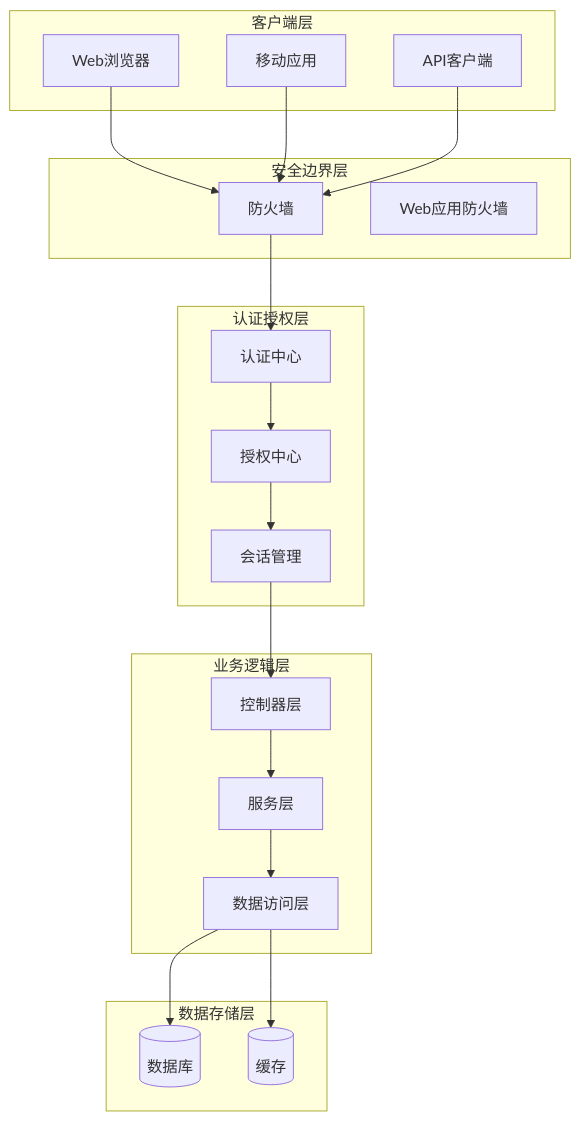
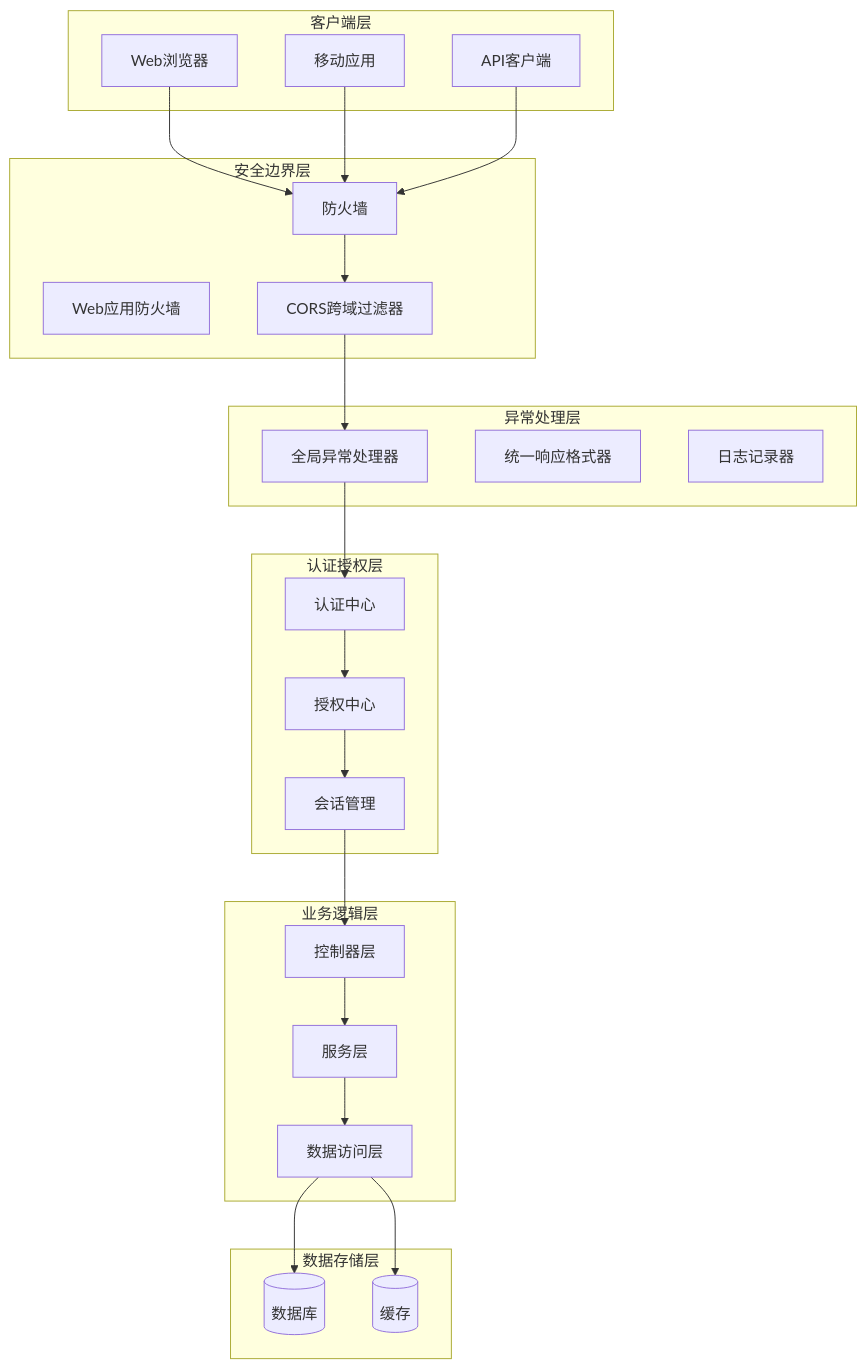
One commit to gree-coder/fund-butler changed the fourth of 15 diagrams in .qoder/repowiki/zh/content/核心功能开发/安全配置.md. Above: the diagram before and after it, drawn with Mermaid. The commit also changed other lines of this file and 10 other files, not shown here.

````diff
--- a/.qoder/repowiki/zh/content/核心功能开发/安全配置.md
+++ b/.qoder/repowiki/zh/content/核心功能开发/安全配置.md
@@ -133,37 +167,45 @@
 ```mermaid
 graph TB
 subgraph "客户端层"
 BROWSER[Web浏览器]
 MOBILE[移动应用]
 API_CLIENT[API客户端]
 end
 subgraph "安全边界层"
 FIREWALL[防火墙]
 WAF[Web应用防火墙]
+CORS[CORS跨域过滤器]
+end
+subgraph "异常处理层"
+EXCEPTION_HANDLER[全局异常处理器]
+RESPONSE_FORMATTER[统一响应格式器]
+LOGGING[日志记录器]
 end
 subgraph "认证授权层"
 AUTH[认证中心]
 AUTHZ[授权中心]
 SESSION[会话管理]
 end
 subgraph "业务逻辑层"
 CONTROLLER[控制器层]
 SERVICE[服务层]
 DAO[数据访问层]
 end
 subgraph "数据存储层"
 DB[(数据库)]
 CACHE[(缓存)]
 end
 BROWSER --> FIREWALL
 MOBILE --> FIREWALL
 API_CLIENT --> FIREWALL
-FIREWALL --> AUTH
+FIREWALL --> CORS
+CORS --> EXCEPTION_HANDLER
+EXCEPTION_HANDLER --> AUTH
 AUTH --> AUTHZ
 AUTHZ --> SESSION
 SESSION --> CONTROLLER
 CONTROLLER --> SERVICE
 SERVICE --> DAO
 DAO --> DB
 DAO --> CACHE
 ```
````
